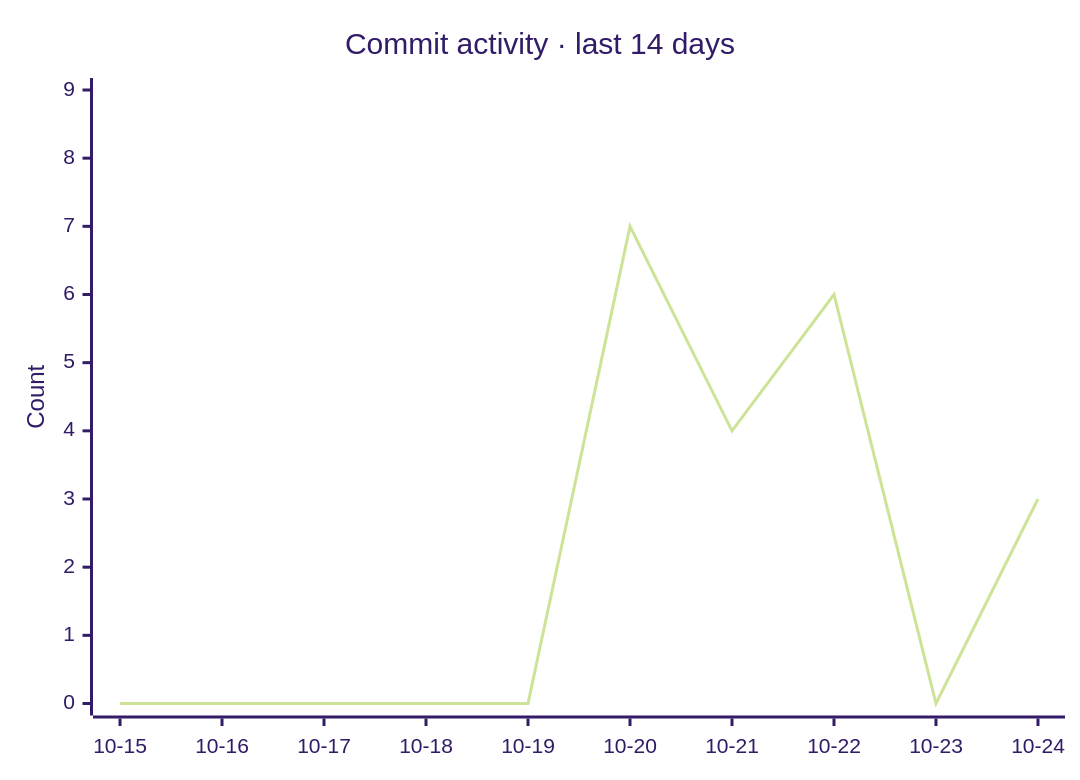
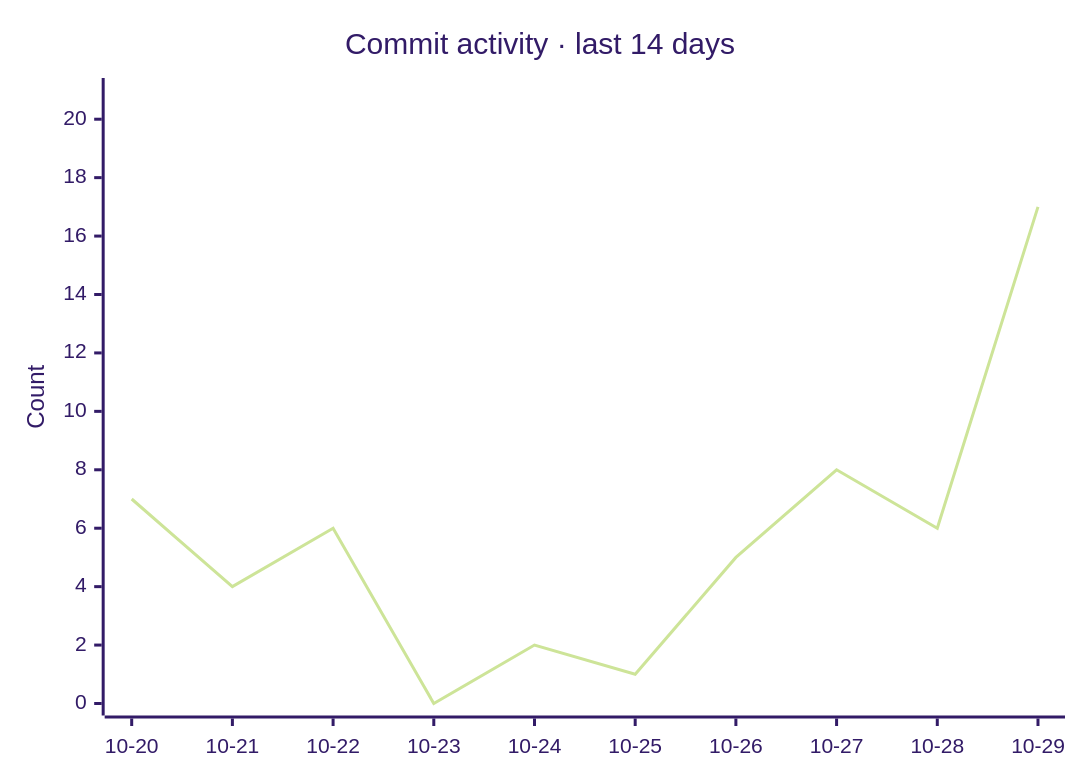
One commit to razzaqinspires/whiskay-bot changed the second of 2 diagrams in README.md. Above: the diagram before and after it, drawn with Mermaid (forest theme). The commit also changed other lines of this file and 2 other files, not shown here.

Commit message:
chore(metrics): refresh GitHub traffic and update timestamp [skip ci]

````diff
--- a/README.md
+++ b/README.md
@@ -322,7 +322,7 @@
 ```mermaid
 xychart-beta
     title "Commit activity · last 14 days"
-    x-axis ["10-15", "10-16", "10-17", "10-18", "10-19", "10-20", "10-21", "10-22", "10-23", "10-24"]
-    y-axis "Count" 0 --> 9
-    line [0, 0, 0, 0, 0, 7, 4, 6, 0, 3]
+    x-axis ["10-20", "10-21", "10-22", "10-23", "10-24", "10-25", "10-26", "10-27", "10-28", "10-29"]
+    y-axis "Count" 0 --> 21
+    line [7, 4, 6, 0, 2, 1, 5, 8, 6, 17]
 ```
````
